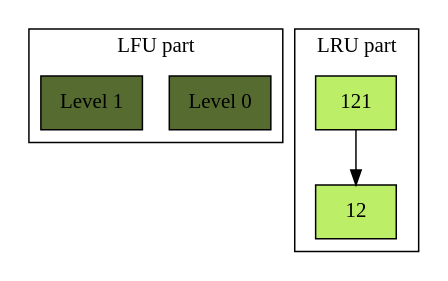
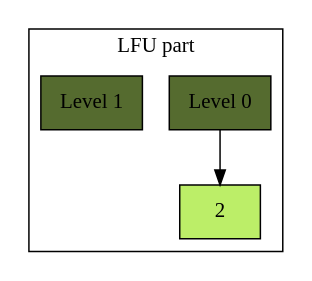
The diagram in graph.dot (greggregbean/cache), drawn with Graphviz before and after one commit. The commit also changed 1 other file, not shown here.

```diff
--- a/graph.dot
+++ b/graph.dot
@@ -1,16 +1,16 @@
 digraph {
     subgraph cluster_lfu {
         node [shape=record, fillcolor = darkolivegreen2, style = filled ]
         label = "LFU part";
         Level_0[ fillcolor = darkolivegreen, label = "Level 0"] 
+        2 [ label = " 2 "] 
+        Level_0 -> 2; 
+
         Level_1[ fillcolor = darkolivegreen, label = "Level 1"] 
     }
     subgraph cluster_lru {
         node [shape=record, fillcolor = darkolivegreen2, style = filled ]
         label = "LRU part";
-        121 [ label = " 121 "] 
-        12 [ label = " 12 "] 
-        121 -> 12; 
     }
 
 }
```
